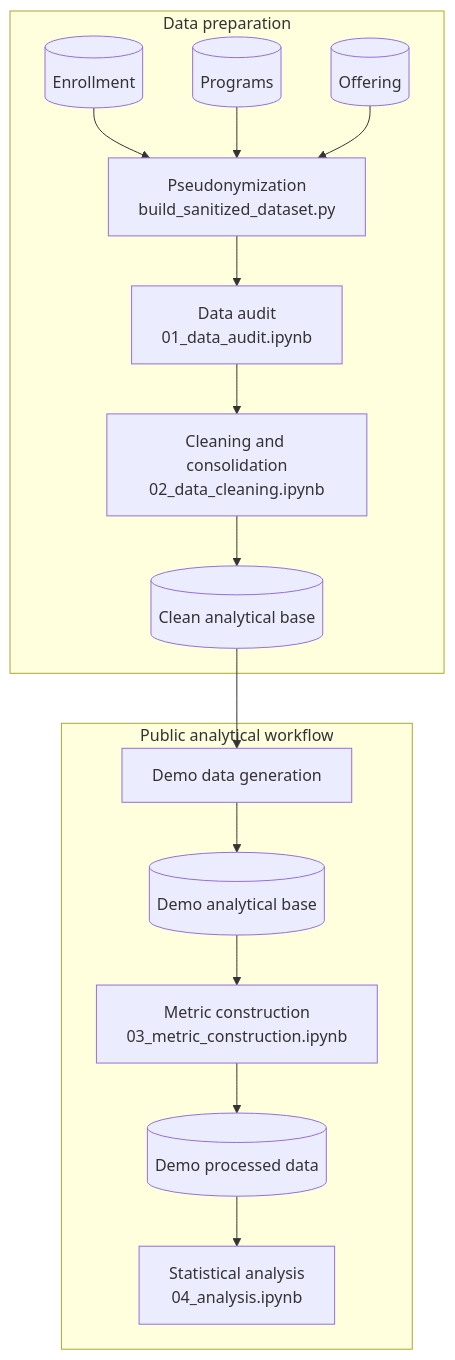
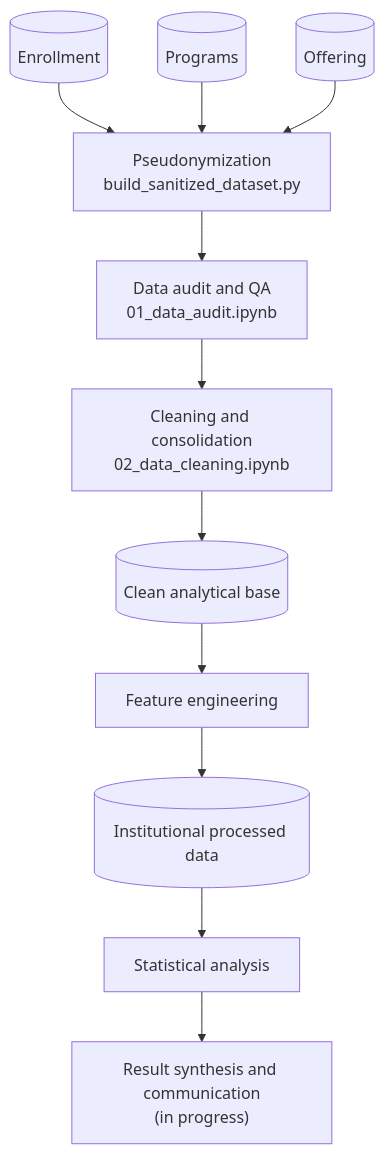
One commit to valentinarias-dtsc/higher-education-outcomes-analysis changed the first of 2 diagrams in docs/project_architecture.md. Above: the diagram before and after it, drawn with Mermaid. The commit also changed other lines of this file and 1 other file, not shown here.

Commit message:
Explicit the actual workflow in the README and project architecture docs.

````diff
--- a/docs/project_architecture.md
+++ b/docs/project_architecture.md
@@ -7,32 +11,25 @@
 ```mermaid
 flowchart TD
-    subgraph Preparation["Data preparation"]
-        R1[("Enrollment")]
-        R2[("Programs")]
-        R3[("Offering")]
-        S["Pseudonymization<br/>build_sanitized_dataset.py"]
-        A["Data audit<br/>01_data_audit.ipynb"]
-        C["Cleaning and consolidation<br/>02_data_cleaning.ipynb"]
-        CB[("Clean analytical base")]
-    end
-
-    subgraph Analysis["Public analytical workflow"]
-        G["Demo data generation"]
-        DB[("Demo analytical base")]
-        M["Metric construction<br/>03_metric_construction.ipynb"]
-        DM[("Demo processed data")]
-        N["Statistical analysis<br/>04_analysis.ipynb"]
-    end
+    R1[("Enrollment")]
+    R2[("Programs")]
+    R3[("Offering")]
+    S["Pseudonymization<br/>build_sanitized_dataset.py"]
+    A["Data audit and QA<br/>01_data_audit.ipynb"]
+    C["Cleaning and consolidation<br/>02_data_cleaning.ipynb"]
+    CB[("Clean analytical base")]
+    M["Feature engineering"]
+    PD[("Institutional processed data")]
+    N["Statistical analysis"]
+    R["Result synthesis and communication<br/>(in progress)"]
 
     R1 --> S
     R2 --> S
     R3 --> S
     S --> A
     A --> C
     C --> CB
-    CB --> G
-    G --> DB
-    DB --> M
-    M --> DM
-    DM --> N
+    CB --> M
+    M --> PD
+    PD --> N
+    N --> R
 ```
````
